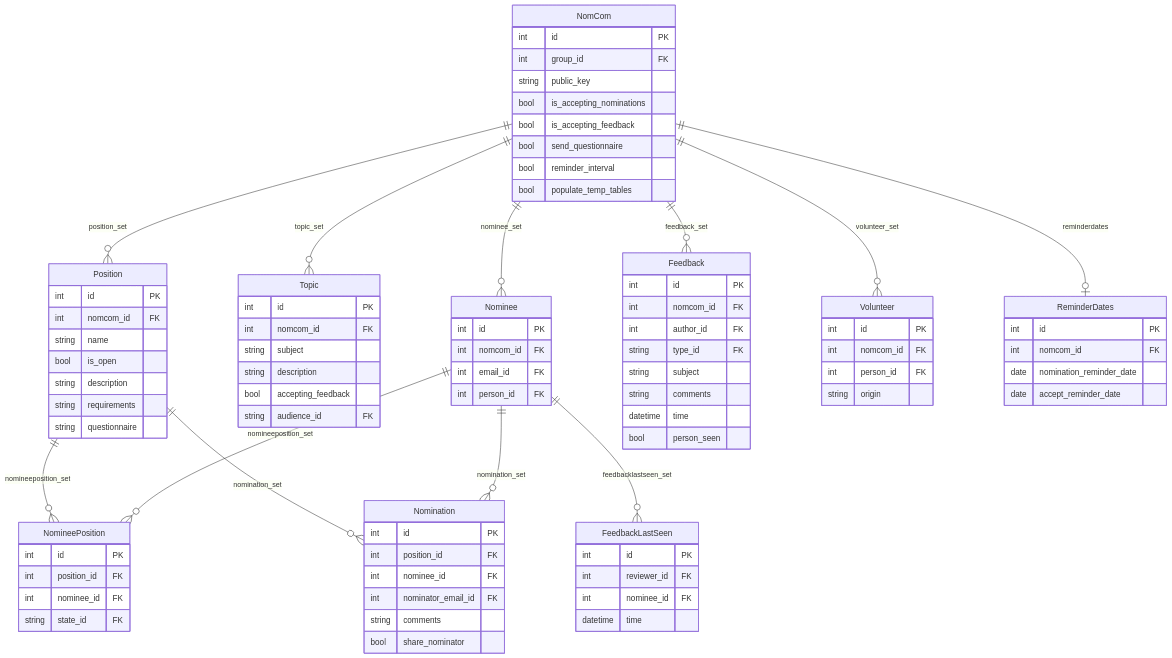
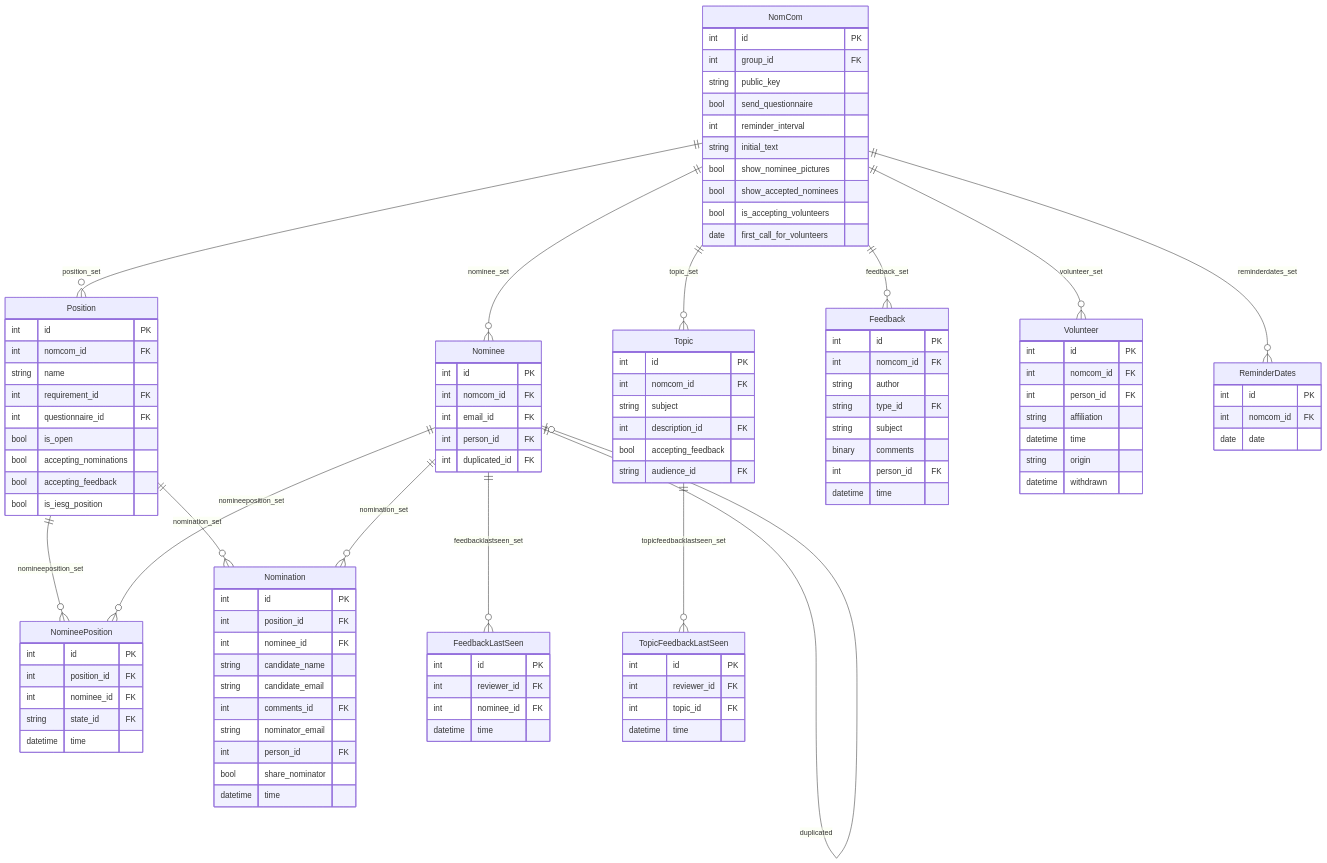
The third of 3 diagrams in dev/intro/supporting.md (aliaspartan9/datatracker), drawn with Mermaid before and after one commit. The commit also changed other lines of this file, not shown here.

````diff
--- a/dev/intro/supporting.md
+++ b/dev/intro/supporting.md
@@ -240,26 +481,30 @@
         int id PK
         int group_id FK
         string public_key
-        bool is_accepting_nominations
-        bool is_accepting_feedback
         bool send_questionnaire
-        bool reminder_interval
-        bool populate_temp_tables
+        int reminder_interval
+        string initial_text
+        bool show_nominee_pictures
+        bool show_accepted_nominees
+        bool is_accepting_volunteers
+        date first_call_for_volunteers
     }
     Position {
         int id PK
         int nomcom_id FK
         string name
+        int requirement_id FK
+        int questionnaire_id FK
         bool is_open
-        string description
-        string requirements
-        string questionnaire
+        bool accepting_nominations
+        bool accepting_feedback
+        bool is_iesg_position
     }
     Topic {
         int id PK
         int nomcom_id FK
         string subject
-        string description
+        int description_id FK
         bool accepting_feedback
         string audience_id FK
     }
@@ -268,30 +513,36 @@
         int nomcom_id FK
         int email_id FK
         int person_id FK
+        int duplicated_id FK
     }
     NomineePosition {
         int id PK
         int position_id FK
         int nominee_id FK
         string state_id FK
+        datetime time
     }
     Nomination {
         int id PK
         int position_id FK
         int nominee_id FK
-        int nominator_email_id FK
-        string comments
+        string candidate_name
+        string candidate_email
+        int comments_id FK
+        string nominator_email
+        int person_id FK
         bool share_nominator
+        datetime time
     }
     Feedback {
         int id PK
         int nomcom_id FK
-        int author_id FK
+        string author
         string type_id FK
         string subject
-        string comments
+        binary comments
+        int person_id FK
         datetime time
-        bool person_seen
     }
     FeedbackLastSeen {
         int id PK
@@ -299,17 +550,25 @@
         int nominee_id FK
         datetime time
     }
+    TopicFeedbackLastSeen {
+        int id PK
+        int reviewer_id FK
+        int topic_id FK
+        datetime time
+    }
     Volunteer {
         int id PK
         int nomcom_id FK
         int person_id FK
+        string affiliation
+        datetime time
         string origin
+        datetime withdrawn
     }
     ReminderDates {
         int id PK
         int nomcom_id FK
-        date nomination_reminder_date
-        date accept_reminder_date
+        date date
     }
 
     NomCom ||--o{ Position : "position_set"
@@ -317,10 +576,12 @@
     NomCom ||--o{ Nominee : "nominee_set"
     NomCom ||--o{ Feedback : "feedback_set"
     NomCom ||--o{ Volunteer : "volunteer_set"
-    NomCom ||--o| ReminderDates : "reminderdates"
+    NomCom ||--o{ ReminderDates : "reminderdates_set"
     Position ||--o{ NomineePosition : "nomineeposition_set"
     Nominee ||--o{ NomineePosition : "nomineeposition_set"
+    Nominee ||--o| Nominee : "duplicated"
     Position ||--o{ Nomination : "nomination_set"
     Nominee ||--o{ Nomination : "nomination_set"
     Nominee ||--o{ FeedbackLastSeen : "feedbacklastseen_set"
+    Topic ||--o{ TopicFeedbackLastSeen : "topicfeedbacklastseen_set"
 ```
````
